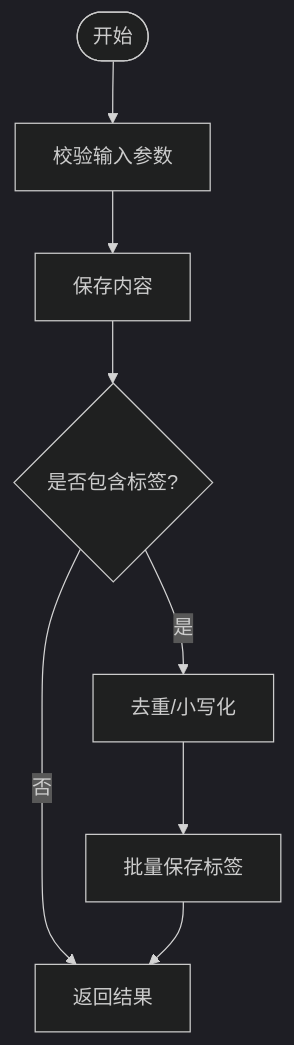
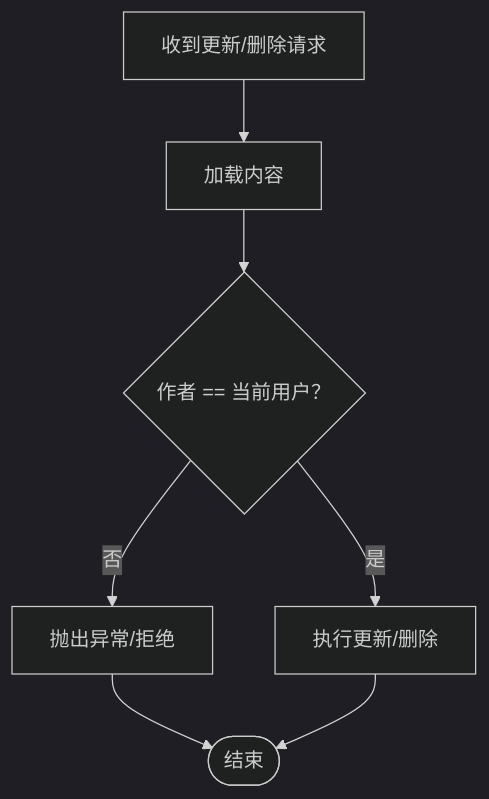
The eighth of 11 diagrams in .qoder/repowiki/zh/content/内容管理系统/内容管理系统.md (koala-xiong/communication-qoder), drawn with Mermaid (dark theme) before and after one commit. The commit also changed other lines of this file and 73 other files, not shown here.

````diff
--- a/.qoder/repowiki/zh/content/内容管理系统/内容管理系统.md
+++ b/.qoder/repowiki/zh/content/内容管理系统/内容管理系统.md
@@ -269,10 +328,9 @@
 ```mermaid
 flowchart TD
-Start(["开始"]) --> Validate["校验输入参数"]
-Validate --> SaveContent["保存内容"]
-SaveContent --> HasTags{"是否包含标签?"}
-HasTags --> |否| Return["返回结果"]
-HasTags --> |是| Normalize["去重/小写化"]
-Normalize --> BatchSave["批量保存标签"]
-BatchSave --> Return
+Req["收到更新/删除请求"] --> Load["加载内容"]
+Load --> Author{"作者 == 当前用户？"}
+Author --> |否| Deny["抛出异常/拒绝"]
+Author --> |是| Proceed["执行更新/删除"]
+Deny --> End(["结束"])
+Proceed --> End
 ```
````
